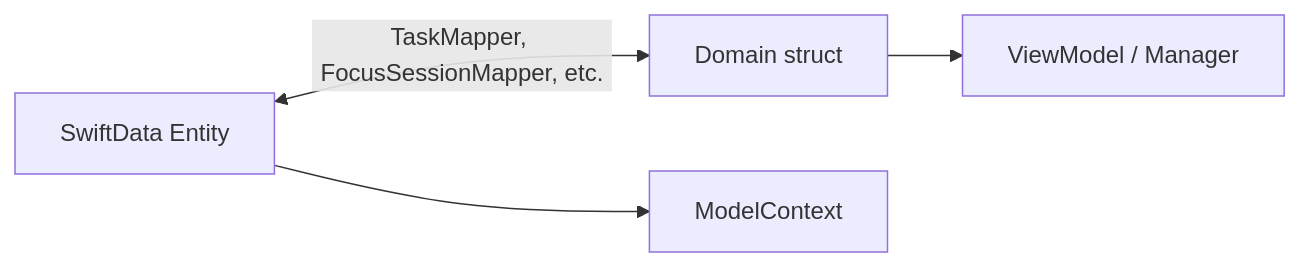
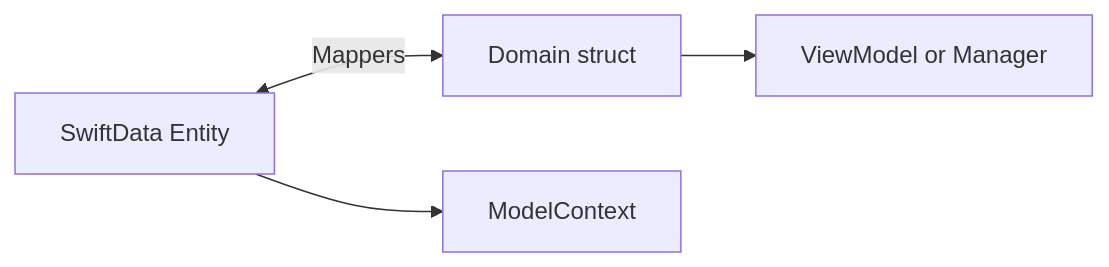
One commit to nguyenquanghuy22041990/FocusUp changed the third of 4 diagrams in docs/interview-guide/06-persistence.md. Above: the diagram before and after it, drawn with Mermaid. The commit also changed other lines of this file and 30 other files, not shown here.

Commit message:
Update session manager classes (#4)

````diff
--- a/docs/interview-guide/06-persistence.md
+++ b/docs/interview-guide/06-persistence.md
@@ -163,6 +163,6 @@
 ```mermaid
 flowchart LR
-    SDE[SwiftData Entity] <-->|TaskMapper, FocusSessionMapper, etc.| DOM[Domain struct]
-    DOM --> VM[ViewModel / Manager]
+    SDE[SwiftData Entity] <-->|Mappers| DOM[Domain struct]
+    DOM --> VM[ViewModel or Manager]
     SDE --> CTX[ModelContext]
 ```
````
